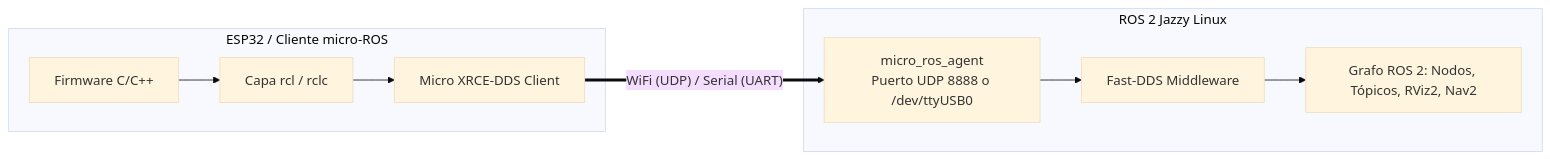
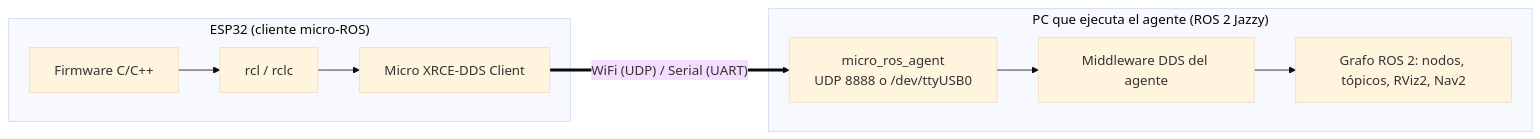
The first of 2 diagrams in education/talleres/TALLER_MICROROS_ESP32_ROBOTICA_MOVIL.md (roncanciovl/burger_delivery), drawn with Mermaid (base theme) before and after one commit. The commit also changed other lines of this file and 7 other files, not shown here.

````diff
--- a/education/talleres/TALLER_MICROROS_ESP32_ROBOTICA_MOVIL.md
+++ b/education/talleres/TALLER_MICROROS_ESP32_ROBOTICA_MOVIL.md
@@ -30,15 +34,15 @@
 ```mermaid
 graph LR
-    subgraph Microcontrolador [ESP32 / Cliente micro-ROS]
-        App[Firmware C/C++] --> rclc[Capa rcl / rclc]
-        rclc --> XRCE_Client[Micro XRCE-DDS Client]
+    subgraph MCU["ESP32 (cliente micro-ROS)"]
+        App["Firmware C/C++"] --> rclc["rcl / rclc"]
+        rclc --> XRCE_Client["Micro XRCE-DDS Client"]
     end
 
-    subgraph Host / PC Principal [ROS 2 Jazzy Linux]
-        XRCE_Server[micro_ros_agent<br>Puerto UDP 8888 o /dev/ttyUSB0]
-        XRCE_Server --> DDS_Router[Fast-DDS Middleware]
-        DDS_Router --> ROS2_Graph[Grafo ROS 2: Nodos, Tópicos, RViz2, Nav2]
+    subgraph PC["PC que ejecuta el agente (ROS 2 Jazzy)"]
+        XRCE_Server["micro_ros_agent<br>UDP 8888 o /dev/ttyUSB0"]
+        XRCE_Server --> DDS["Middleware DDS del agente"]
+        DDS --> ROS2_Graph["Grafo ROS 2: nodos, tópicos, RViz2, Nav2"]
     end
 
     XRCE_Client == "WiFi (UDP) / Serial (UART)" ==> XRCE_Server
 ```
````
